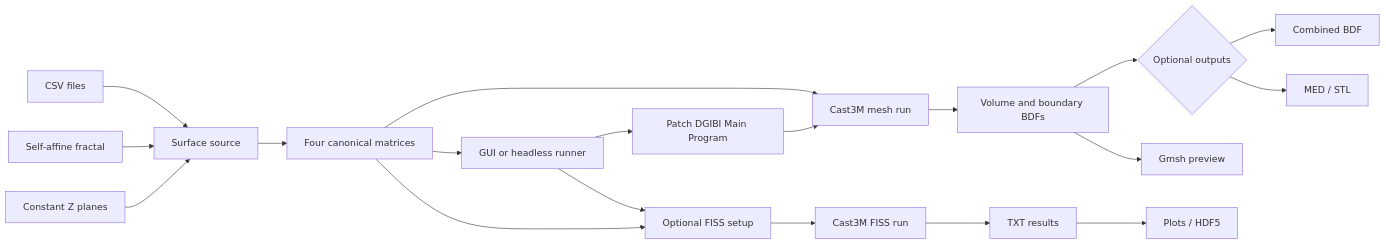
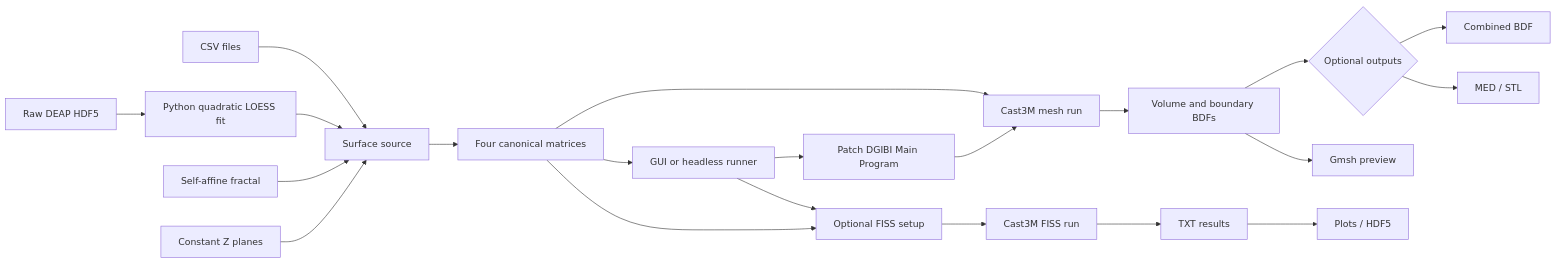
The diagram in README.md (onajjar/dem-crack-surface-mesher), drawn with Mermaid before and after one commit. The commit also changed other lines of this file and 78 other files, not shown here.

Commit message:
feat: integrate Python DEAP surface fitting

````diff
--- a/README.md
+++ b/README.md
@@ -24,21 +24,23 @@
 ```mermaid
 flowchart LR
     A[CSV files] --> B[Surface source]
+    A1[Raw DEAP HDF5] --> A4[Python quadratic LOESS fit]
+    A4 --> B
     A2[Self-affine fractal] --> B
     A3[Constant Z planes] --> B
     B --> C[Four canonical matrices]
     C --> D[GUI or headless runner]
     D --> E[Patch DGIBI Main Program]
     C --> F[Cast3M mesh run]
     E --> F
     F --> G[Volume and boundary BDFs]
     G --> H{Optional outputs}
     H --> I[Combined BDF]
     H --> J[MED / STL]
     G --> K[Gmsh preview]
     D --> L[Optional FISS setup]
     C --> L
     L --> M[Cast3M FISS run]
     M --> N[TXT results]
     N --> O[Plots / HDF5]
 ```
````
